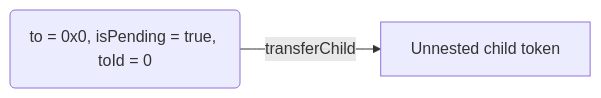
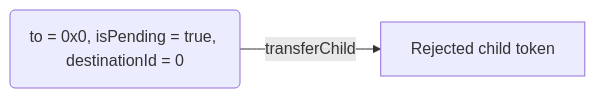
Before and after one commit to rmrk-team/NestingEIP: the second of 6 diagrams in README.md, drawn with Mermaid. The commit also changed other lines of this file, not shown here.

First line of the commit message:
Change toId to destinationId

````diff
--- a/README.md
+++ b/README.md
@@ -455,4 +455,4 @@
 ```mermaid
 graph LR
-    A(to = 0x0, isPending = true, toId = 0) -->|transferChild| B[Unnested child token]
+    A(to = 0x0, isPending = true, destinationId = 0) -->|transferChild| B[Rejected child token]
 ```
````
